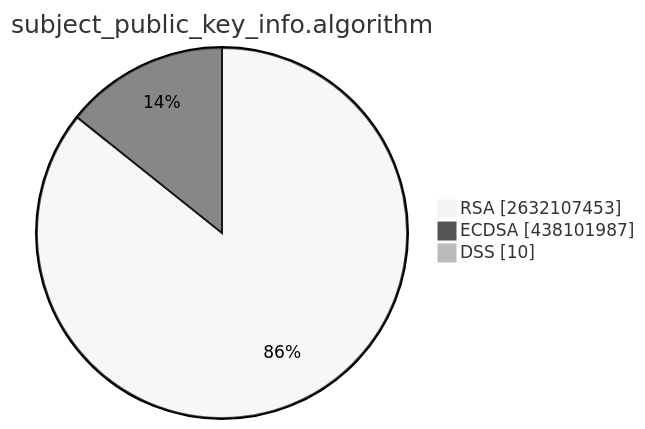
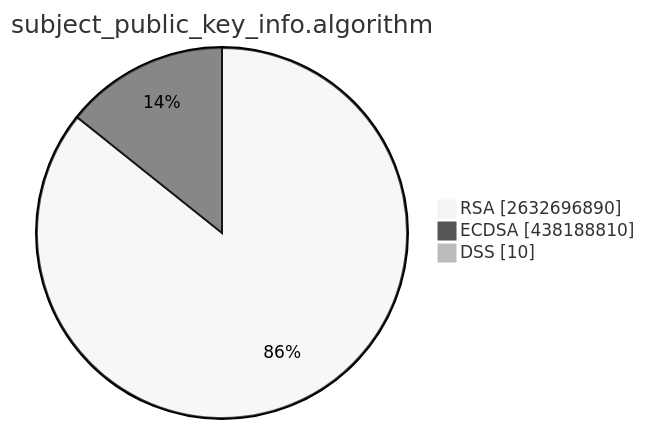
One commit to christiankrug/ctmonitor_visualization changed the second of 15 diagrams in TOTAL/README.md. Above: the diagram before and after it, drawn with Mermaid (neutral theme). The commit also changed other lines of this file, not shown here.

````diff
--- a/TOTAL/README.md
+++ b/TOTAL/README.md
@@ -6,7 +6,7 @@
 ```mermaid
 pie showData
 title subject_public_key_info.algorithm
-"RSA" :2632107453
-"ECDSA" :438101987
+"RSA" :2632696890
+"ECDSA" :438188810
 "DSS" :10
 ```
````
